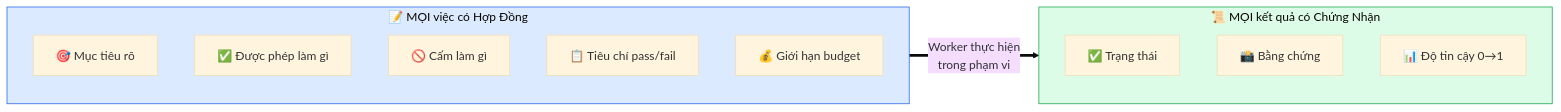
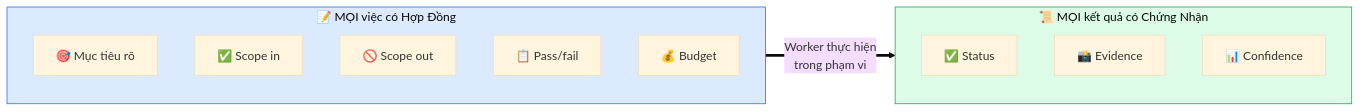
The fifth of 10 diagrams in README.md (xaotiensinh-abm/abm-workforce), drawn with Mermaid (base theme) before and after one commit. The commit also changed other lines of this file and 65 other files, not shown here.

````diff
--- a/README.md
+++ b/README.md
@@ -262,20 +255,20 @@
 ```mermaid
 graph LR
-    subgraph HĐ["📝 MỌI việc có Hợp Đồng"]
+    subgraph HD["📝 MỌI việc có Hợp Đồng"]
         O["🎯 Mục tiêu rõ"]
-        SI["✅ Được phép làm gì"]
-        SO["🚫 Cấm làm gì"]
-        AC["📋 Tiêu chí pass/fail"]
-        BG["💰 Giới hạn budget"]
+        SI["✅ Scope in"]
+        SO["🚫 Scope out"]
+        AC["📋 Pass/fail"]
+        BG["💰 Budget"]
     end
     subgraph CN["📜 MỌI kết quả có Chứng Nhận"]
-        ST["✅ Trạng thái"]
-        EV["📸 Bằng chứng"]
-        CF["📊 Độ tin cậy 0→1"]
+        ST["✅ Status"]
+        EV["📸 Evidence"]
+        CF["📊 Confidence"]
     end
 
-    HĐ ==>|"Worker thực hiện<br/>trong phạm vi"| CN
+    HD ==>|"Worker thực hiện<br>trong phạm vi"| CN
 
-    style HĐ fill:#dbeafe,stroke:#2563eb
+    style HD fill:#dbeafe,stroke:#2563eb
     style CN fill:#dcfce7,stroke:#16a34a
 ```
````
